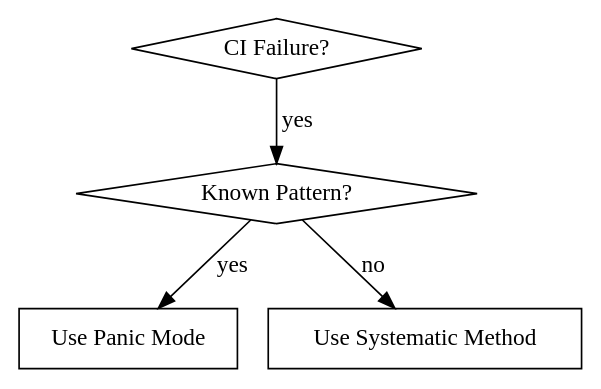
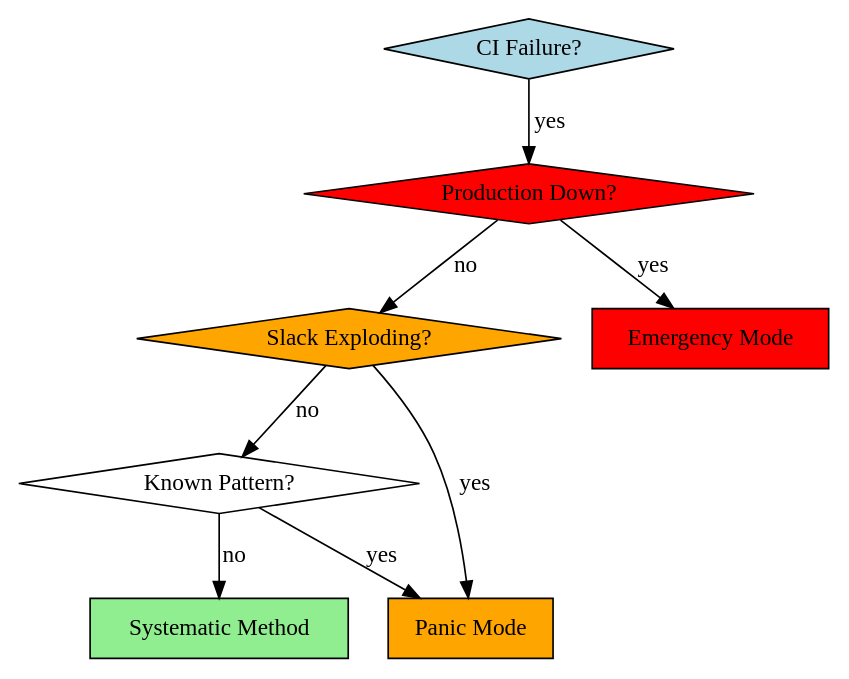
One commit to baleen37/dotfiles changed the diagram in users/shared/.config/claude/skills/ci-troubleshooting/SKILL.md. Above: the diagram before and after it, drawn with Graphviz. The commit also changed other lines of this file and 5 other files, not shown here.

````diff
--- a/users/shared/.config/claude/skills/ci-troubleshooting/SKILL.md
+++ b/users/shared/.config/claude/skills/ci-troubleshooting/SKILL.md
@@ -14,12 +14,19 @@
 ```dot
 digraph ci_troubleshooting_flow {
-    "CI Failure?" [shape=diamond];
+    "CI Failure?" [shape=diamond, style=filled, fillcolor=lightblue];
+    "Production Down?" [shape=diamond, style=filled, fillcolor=red];
+    "Slack Exploding?" [shape=diamond, style=filled, fillcolor=orange];
     "Known Pattern?" [shape=diamond];
-    "Use Panic Mode" [shape=box];
-    "Use Systematic Method" [shape=box];
+    "Emergency Mode" [shape=box, style=filled, fillcolor=red];
+    "Panic Mode" [shape=box, style=filled, fillcolor=orange];
+    "Systematic Method" [shape=box, style=filled, fillcolor=lightgreen];
 
-    "CI Failure?" -> "Known Pattern?" [label="yes"];
-    "Known Pattern?" -> "Use Panic Mode" [label="yes"];
-    "Known Pattern?" -> "Use Systematic Method" [label="no"];
+    "CI Failure?" -> "Production Down?" [label="yes"];
+    "Production Down?" -> "Emergency Mode" [label="yes"];
+    "Production Down?" -> "Slack Exploding?" [label="no"];
+    "Slack Exploding?" -> "Panic Mode" [label="yes"];
+    "Slack Exploding?" -> "Known Pattern?" [label="no"];
+    "Known Pattern?" -> "Systematic Method" [label="no"];
+    "Known Pattern?" -> "Panic Mode" [label="yes"];
 }
 ```
````
